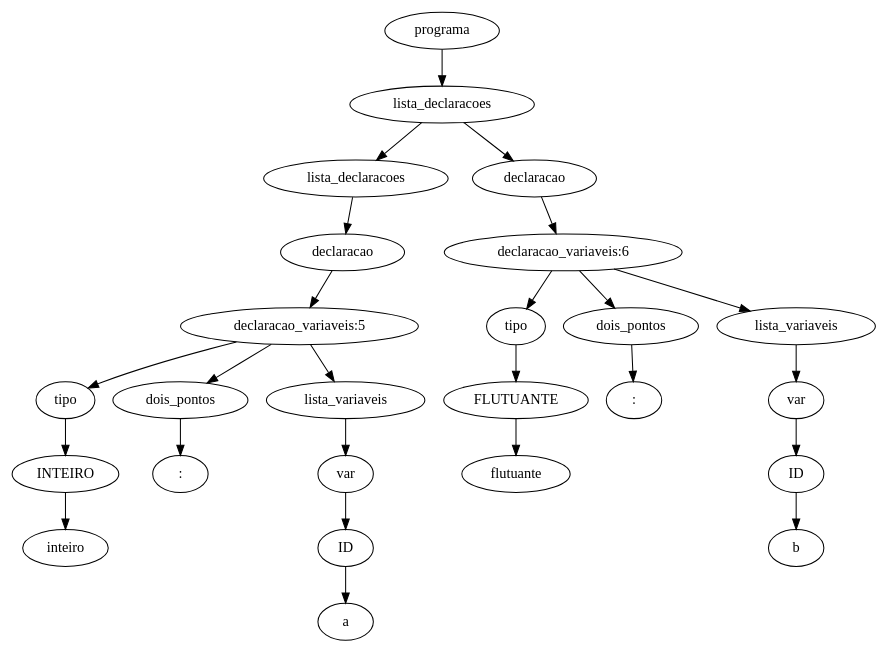
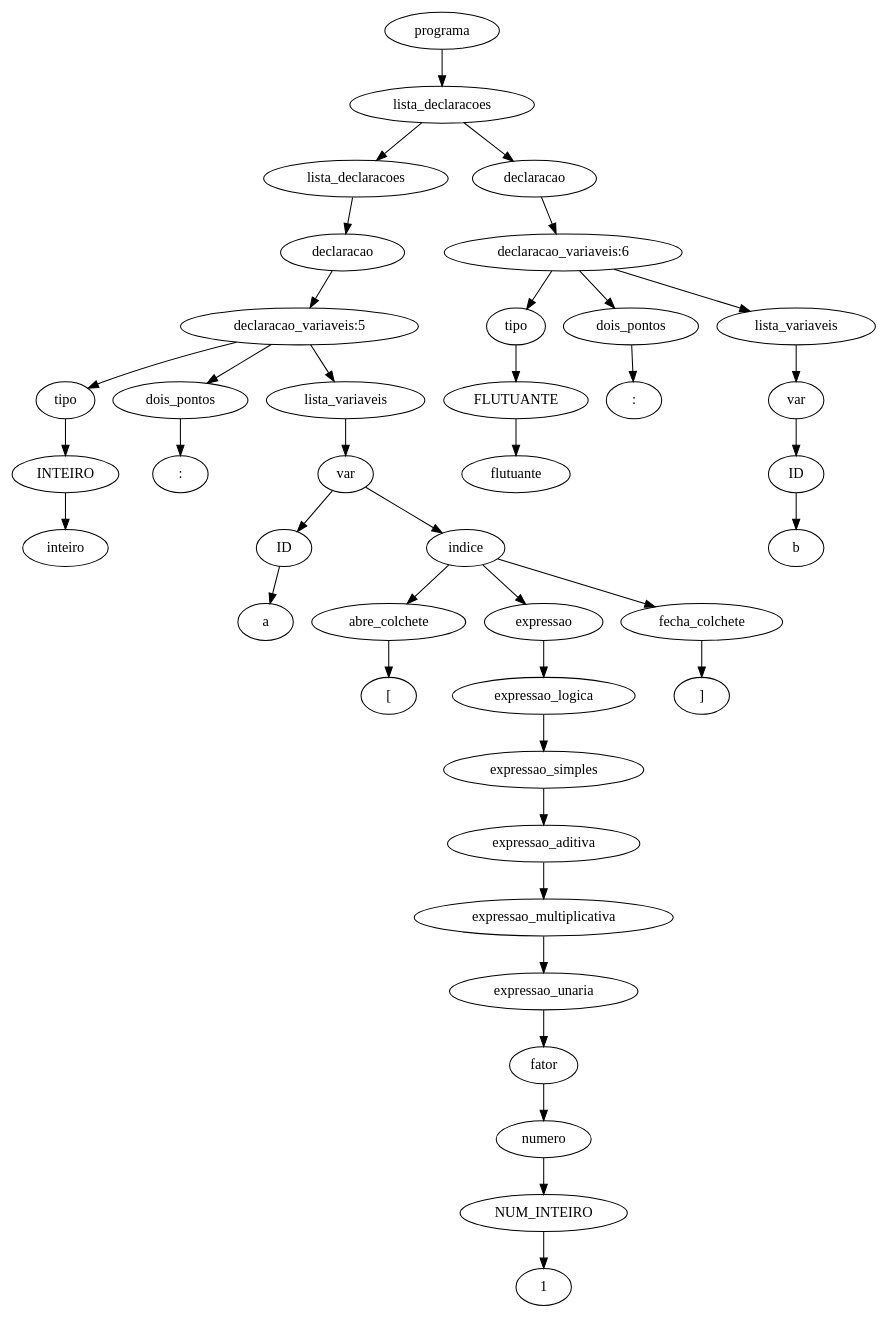
The diagram in 7.AnaliseSemantica/implementacao/semantica-testes/sema-001.tpp.unique.ast.dot (JuanFSR/Compiladores), drawn with Graphviz before and after one commit. The commit also changed 14 other files, not shown here.

```diff
--- a/7.AnaliseSemantica/implementacao/semantica-testes/sema-001.tpp.unique.ast.dot
+++ b/7.AnaliseSemantica/implementacao/semantica-testes/sema-001.tpp.unique.ast.dot
@@ -1,51 +1,81 @@
 digraph tree {
-    "0x7f94c4037400" [label="programa"];
-    "0x7f94814b9c10" [label="lista_declaracoes"];
-    "0x7f94814b9a00" [label="lista_declaracoes"];
-    "0x7f94820fe790" [label="declaracao"];
-    "0x7f94814b9970" [label="declaracao_variaveis:5"];
-    "0x7f94814b98e0" [label="tipo"];
-    "0x7f94814b9940" [label="INTEIRO"];
-    "0x7f94814b99a0" [label="inteiro"];
-    "0x7f94814b9a60" [label="dois_pontos"];
-    "0x7f94814b9910" [label=":"];
-    "0x7f94814b99d0" [label="lista_variaveis"];
-    "0x7f948148fee0" [label="var"];
-    "0x7f94820f22b0" [label="ID"];
-    "0x7f94814b9ac0" [label="a"];
-    "0x7f94814b9b50" [label="declaracao"];
-    "0x7f94814b9d00" [label="declaracao_variaveis:6"];
-    "0x7f94814b9b80" [label="tipo"];
-    "0x7f94814b9bb0" [label="FLUTUANTE"];
-    "0x7f94814b9be0" [label="flutuante"];
-    "0x7f94814b9df0" [label="dois_pontos"];
-    "0x7f94814b9e20" [label=":"];
-    "0x7f94814b9c40" [label="lista_variaveis"];
-    "0x7f94814b9a90" [label="var"];
-    "0x7f94814b9a30" [label="ID"];
-    "0x7f94814b9d30" [label="b"];
-    "0x7f94c4037400" -> "0x7f94814b9c10";
-    "0x7f94814b9c10" -> "0x7f94814b9a00";
-    "0x7f94814b9c10" -> "0x7f94814b9b50";
-    "0x7f94814b9a00" -> "0x7f94820fe790";
-    "0x7f94820fe790" -> "0x7f94814b9970";
-    "0x7f94814b9970" -> "0x7f94814b98e0";
-    "0x7f94814b9970" -> "0x7f94814b9a60";
-    "0x7f94814b9970" -> "0x7f94814b99d0";
-    "0x7f94814b98e0" -> "0x7f94814b9940";
-    "0x7f94814b9940" -> "0x7f94814b99a0";
-    "0x7f94814b9a60" -> "0x7f94814b9910";
-    "0x7f94814b99d0" -> "0x7f948148fee0";
-    "0x7f948148fee0" -> "0x7f94820f22b0";
-    "0x7f94820f22b0" -> "0x7f94814b9ac0";
-    "0x7f94814b9b50" -> "0x7f94814b9d00";
-    "0x7f94814b9d00" -> "0x7f94814b9b80";
-    "0x7f94814b9d00" -> "0x7f94814b9df0";
-    "0x7f94814b9d00" -> "0x7f94814b9c40";
-    "0x7f94814b9b80" -> "0x7f94814b9bb0";
-    "0x7f94814b9bb0" -> "0x7f94814b9be0";
-    "0x7f94814b9df0" -> "0x7f94814b9e20";
-    "0x7f94814b9c40" -> "0x7f94814b9a90";
-    "0x7f94814b9a90" -> "0x7f94814b9a30";
-    "0x7f94814b9a30" -> "0x7f94814b9d30";
+    "0x7f405fb07430" [label="programa"];
+    "0x7f401cf89f10" [label="lista_declaracoes"];
+    "0x7f401cf89a30" [label="lista_declaracoes"];
+    "0x7f401dbcc7c0" [label="declaracao"];
+    "0x7f401cf89a60" [label="declaracao_variaveis:5"];
+    "0x7f401cf89910" [label="tipo"];
+    "0x7f401cf89970" [label="INTEIRO"];
+    "0x7f401cf899d0" [label="inteiro"];
+    "0x7f401cf89e80" [label="dois_pontos"];
+    "0x7f401cf89940" [label=":"];
+    "0x7f401cf89a00" [label="lista_variaveis"];
+    "0x7f401cf89a90" [label="var"];
+    "0x7f401cf89ca0" [label="ID"];
+    "0x7f401cf89d30" [label="a"];
+    "0x7f401cf89c70" [label="indice"];
+    "0x7f401cf89d00" [label="abre_colchete"];
+    "0x7f401cf89df0" [label="["];
+    "0x7f401cf89c40" [label="expressao"];
+    "0x7f401cf89c10" [label="expressao_logica"];
+    "0x7f401cf89b80" [label="expressao_simples"];
+    "0x7f401cf89af0" [label="expressao_aditiva"];
+    "0x7f401cf89be0" [label="expressao_multiplicativa"];
+    "0x7f401cf899a0" [label="expressao_unaria"];
+    "0x7f401cf89ac0" [label="fator"];
+    "0x7f401cf5ff10" [label="numero"];
+    "0x7f401dbc22e0" [label="NUM_INTEIRO"];
+    "0x7f401cf89bb0" [label="1"];
+    "0x7f401cf89e20" [label="fecha_colchete"];
+    "0x7f401cf89e50" [label="]"];
+    "0x7f401cf89cd0" [label="declaracao"];
+    "0x7f401cf1b040" [label="declaracao_variaveis:6"];
+    "0x7f401cf89b20" [label="tipo"];
+    "0x7f401cf89eb0" [label="FLUTUANTE"];
+    "0x7f401cf89d90" [label="flutuante"];
+    "0x7f401cf1b130" [label="dois_pontos"];
+    "0x7f401cf1b160" [label=":"];
+    "0x7f401cf89f40" [label="lista_variaveis"];
+    "0x7f401cf89dc0" [label="var"];
+    "0x7f401cf89d60" [label="ID"];
+    "0x7f401cf1b070" [label="b"];
+    "0x7f405fb07430" -> "0x7f401cf89f10";
+    "0x7f401cf89f10" -> "0x7f401cf89a30";
+    "0x7f401cf89f10" -> "0x7f401cf89cd0";
+    "0x7f401cf89a30" -> "0x7f401dbcc7c0";
+    "0x7f401dbcc7c0" -> "0x7f401cf89a60";
+    "0x7f401cf89a60" -> "0x7f401cf89910";
+    "0x7f401cf89a60" -> "0x7f401cf89e80";
+    "0x7f401cf89a60" -> "0x7f401cf89a00";
+    "0x7f401cf89910" -> "0x7f401cf89970";
+    "0x7f401cf89970" -> "0x7f401cf899d0";
+    "0x7f401cf89e80" -> "0x7f401cf89940";
+    "0x7f401cf89a00" -> "0x7f401cf89a90";
+    "0x7f401cf89a90" -> "0x7f401cf89ca0";
+    "0x7f401cf89a90" -> "0x7f401cf89c70";
+    "0x7f401cf89ca0" -> "0x7f401cf89d30";
+    "0x7f401cf89c70" -> "0x7f401cf89d00";
+    "0x7f401cf89c70" -> "0x7f401cf89c40";
+    "0x7f401cf89c70" -> "0x7f401cf89e20";
+    "0x7f401cf89d00" -> "0x7f401cf89df0";
+    "0x7f401cf89c40" -> "0x7f401cf89c10";
+    "0x7f401cf89c10" -> "0x7f401cf89b80";
+    "0x7f401cf89b80" -> "0x7f401cf89af0";
+    "0x7f401cf89af0" -> "0x7f401cf89be0";
+    "0x7f401cf89be0" -> "0x7f401cf899a0";
+    "0x7f401cf899a0" -> "0x7f401cf89ac0";
+    "0x7f401cf89ac0" -> "0x7f401cf5ff10";
+    "0x7f401cf5ff10" -> "0x7f401dbc22e0";
+    "0x7f401dbc22e0" -> "0x7f401cf89bb0";
+    "0x7f401cf89e20" -> "0x7f401cf89e50";
+    "0x7f401cf89cd0" -> "0x7f401cf1b040";
+    "0x7f401cf1b040" -> "0x7f401cf89b20";
+    "0x7f401cf1b040" -> "0x7f401cf1b130";
+    "0x7f401cf1b040" -> "0x7f401cf89f40";
+    "0x7f401cf89b20" -> "0x7f401cf89eb0";
+    "0x7f401cf89eb0" -> "0x7f401cf89d90";
+    "0x7f401cf1b130" -> "0x7f401cf1b160";
+    "0x7f401cf89f40" -> "0x7f401cf89dc0";
+    "0x7f401cf89dc0" -> "0x7f401cf89d60";
+    "0x7f401cf89d60" -> "0x7f401cf1b070";
 }
```
